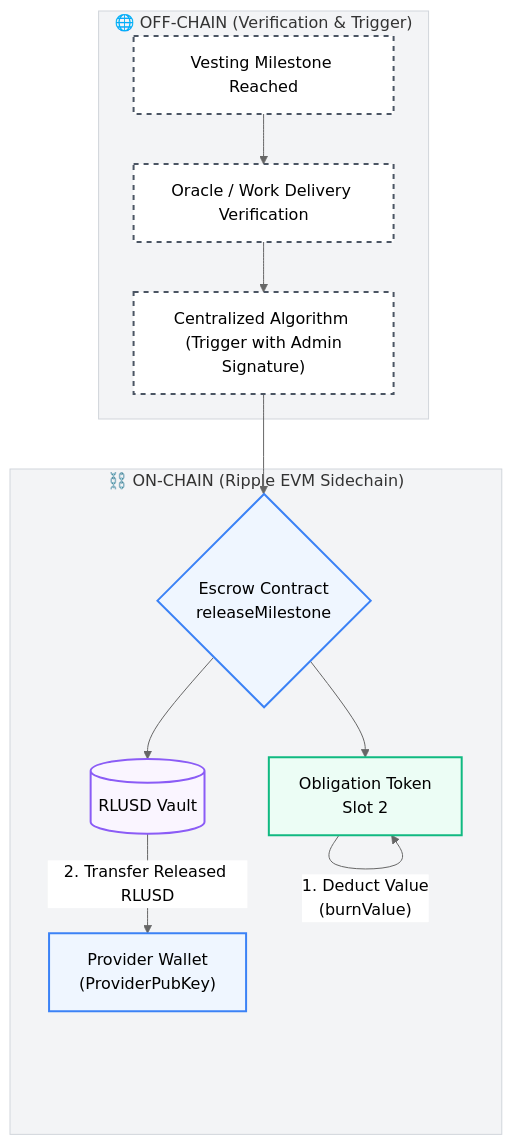
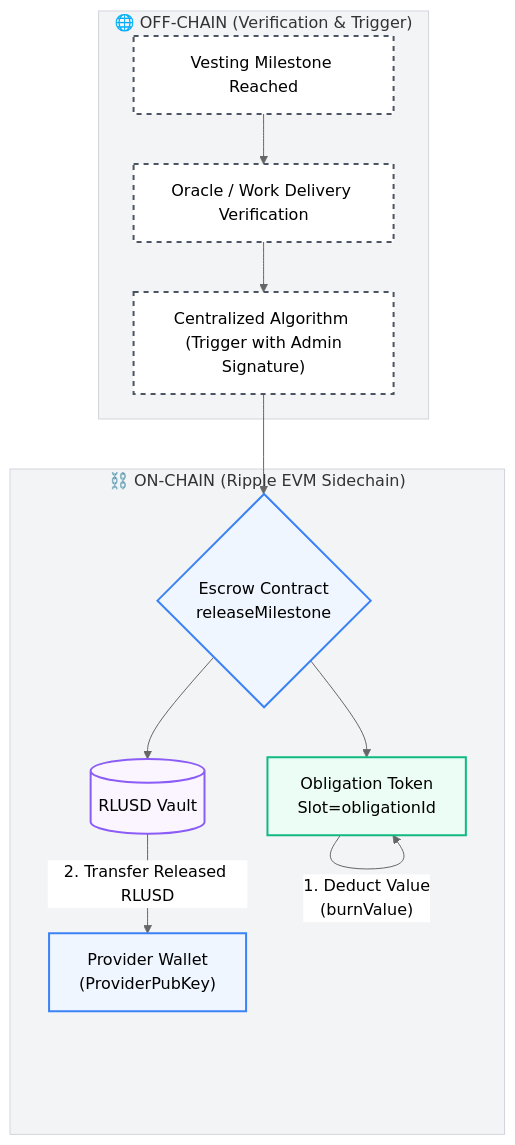
Before and after one commit to emirrmk/escrow-flow-diagrams: the second of 4 diagrams in README.md, drawn with Mermaid. The commit also changed other lines of this file, not shown here.

Commit message:
Add detailed Obligation Token slot layout in English

````diff
--- a/README.md
+++ b/README.md
@@ -61,23 +88,23 @@
 ```mermaid
 %%{init: {'theme': 'neutral', 'themeVariables': { 'primaryColor': '#f9fafb', 'edgeLabelBackground':'#ffffff', 'clusterBkg':'#f3f4f6', 'clusterBorder':'#d1d5db'}}}%%
 graph TD
     classDef offChainNode fill:#ffffff,stroke:#4b5563,stroke-width:2px,stroke-dasharray: 5 5;
     classDef onChainNode fill:#eff6ff,stroke:#3b82f6,stroke-width:2px;
     classDef tokenNode fill:#ecfdf5,stroke:#10b981,stroke-width:2px;
     classDef databaseNode fill:#faf5ff,stroke:#8b5cf6,stroke-width:2px;
 
     subgraph OffChain ["🌐 OFF-CHAIN (Verification & Trigger)"]
         A["Vesting Milestone Reached"]:::offChainNode --> B["Oracle / Work Delivery Verification"]:::offChainNode
         B --> C["Centralized Algorithm <br> (Trigger with Admin Signature)"]:::offChainNode
     end
 
     subgraph OnChain ["⛓️ ON-CHAIN (Ripple EVM Sidechain)"]
         C --> D{"Escrow Contract <br> releaseMilestone"}:::onChainNode
         
-        D --> OT["Obligation Token <br> Slot 2"]:::tokenNode
+        D --> OT["Obligation Token <br> Slot=obligationId"]:::tokenNode
         OT -- "1. Deduct Value <br> (burnValue)" --> OT
         
         D --> Pool[("RLUSD Vault")]:::databaseNode
         Pool -- "2. Transfer Released RLUSD" --> Prov["Provider Wallet <br> (ProviderPubKey)"]:::onChainNode
     end
 ```
````
